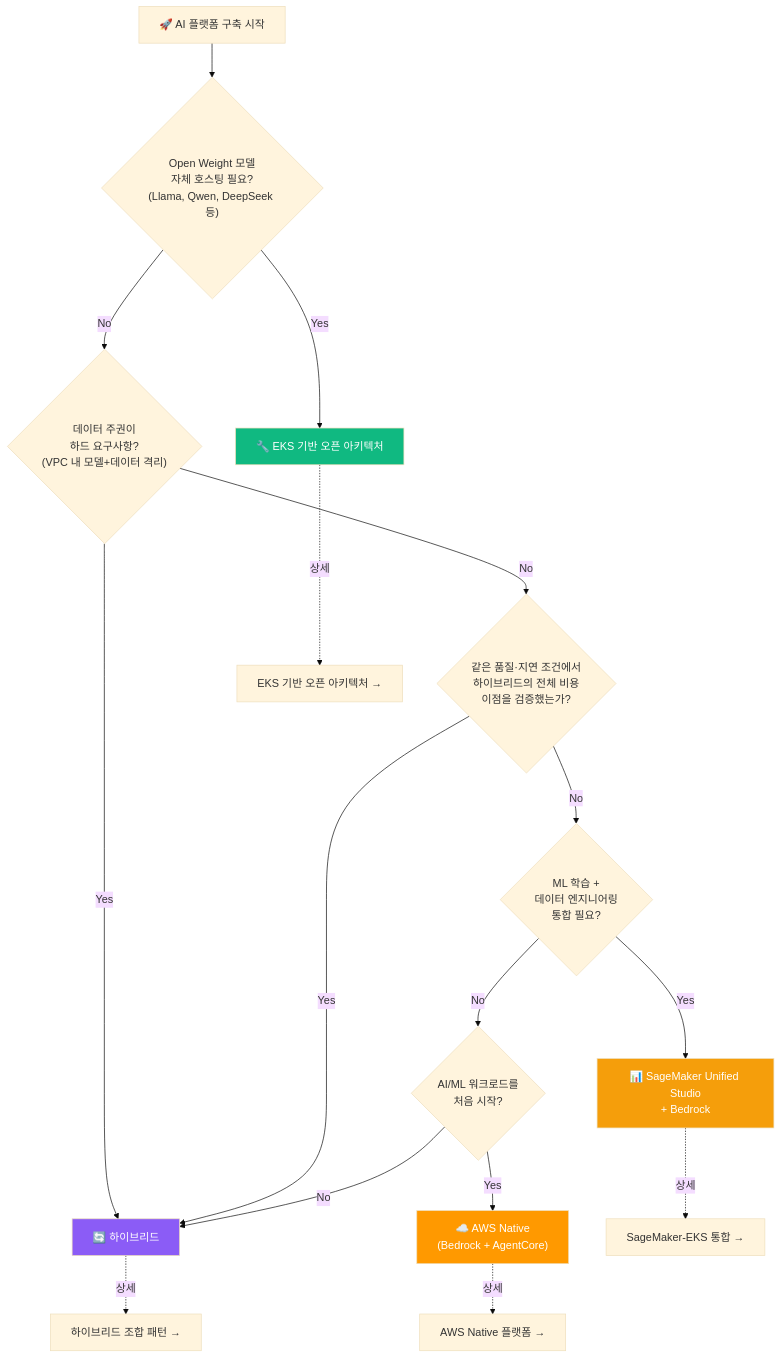
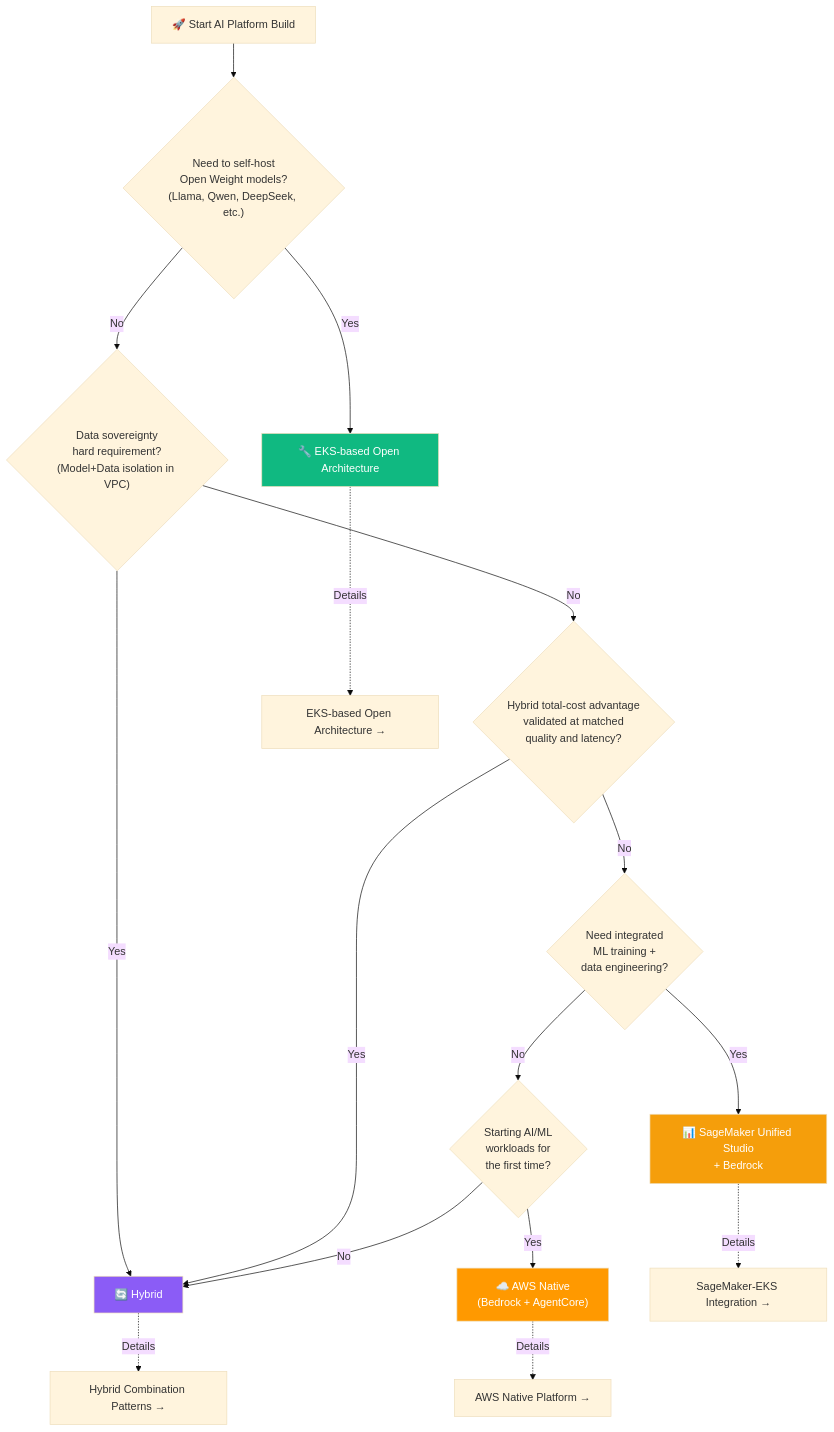
Before and after one commit to devfloor9/engineering-playbook: the third of 7 diagrams in docs/agentic-ai-platform/design-architecture/platform-selection/ai-platform-decision-framework.md, drawn with Mermaid (base theme). The commit also changed other lines of this file and 954 other files, not shown here.

````diff
--- a/docs/agentic-ai-platform/design-architecture/platform-selection/ai-platform-decision-framework.md
+++ b/docs/agentic-ai-platform/design-architecture/platform-selection/ai-platform-decision-framework.md
@@ -146,37 +146,37 @@
 ```mermaid
 flowchart TD
-    START["🚀 AI 플랫폼 구축 시작"]
+    START["🚀 Start AI Platform Build"]
     
-    Q1{"Open Weight 모델<br/>자체 호스팅 필요?<br/>(Llama, Qwen, DeepSeek 등)"}
-    Q2{"데이터 주권이<br/>하드 요구사항?<br/>(VPC 내 모델+데이터 격리)"}
-    Q3{"같은 품질·지연 조건에서<br/>하이브리드의 전체 비용<br/>이점을 검증했는가?"}
-    Q4{"ML 학습 +<br/>데이터 엔지니어링<br/>통합 필요?"}
-    Q5{"AI/ML 워크로드를<br/>처음 시작?"}
+    Q1{"Need to self-host<br/>Open Weight models?<br/>(Llama, Qwen, DeepSeek, etc.)"}
+    Q2{"Data sovereignty<br/>hard requirement?<br/>(Model+Data isolation in VPC)"}
+    Q3{"Hybrid total-cost advantage<br/>validated at matched<br/>quality and latency?"}
+    Q4{"Need integrated<br/>ML training +<br/>data engineering?"}
+    Q5{"Starting AI/ML<br/>workloads for<br/>the first time?"}
     
-    PATH_EKS["🔧 EKS 기반 오픈 아키텍처"]
-    PATH_HYBRID["🔄 하이브리드"]
+    PATH_EKS["🔧 EKS-based Open Architecture"]
+    PATH_HYBRID["🔄 Hybrid"]
     PATH_SM["📊 SageMaker Unified Studio<br/>+ Bedrock"]
     PATH_NATIVE["☁️ AWS Native<br/>(Bedrock + AgentCore)"]
     
     START --> Q1
     Q1 -->|"Yes"| PATH_EKS
     Q1 -->|"No"| Q2
     Q2 -->|"Yes"| PATH_HYBRID
     Q2 -->|"No"| Q3
     Q3 -->|"Yes"| PATH_HYBRID
     Q3 -->|"No"| Q4
     Q4 -->|"Yes"| PATH_SM
     Q4 -->|"No"| Q5
     Q5 -->|"Yes"| PATH_NATIVE
     Q5 -->|"No"| PATH_HYBRID
     
-    PATH_EKS -.->|"상세"| LINK_EKS["EKS 기반 오픈 아키텍처 →"]
-    PATH_HYBRID -.->|"상세"| LINK_HYB["하이브리드 조합 패턴 →"]
-    PATH_SM -.->|"상세"| LINK_SM["SageMaker-EKS 통합 →"]
-    PATH_NATIVE -.->|"상세"| LINK_NAT["AWS Native 플랫폼 →"]
+    PATH_EKS -.->|"Details"| LINK_EKS["EKS-based Open Architecture →"]
+    PATH_HYBRID -.->|"Details"| LINK_HYB["Hybrid Combination Patterns →"]
+    PATH_SM -.->|"Details"| LINK_SM["SageMaker-EKS Integration →"]
+    PATH_NATIVE -.->|"Details"| LINK_NAT["AWS Native Platform →"]
     
     style PATH_EKS fill:#10b981,color:#fff
     style PATH_HYBRID fill:#8b5cf6,color:#fff
     style PATH_SM fill:#f59e0b,color:#fff
     style PATH_NATIVE fill:#ff9900,color:#fff
 ```
````
